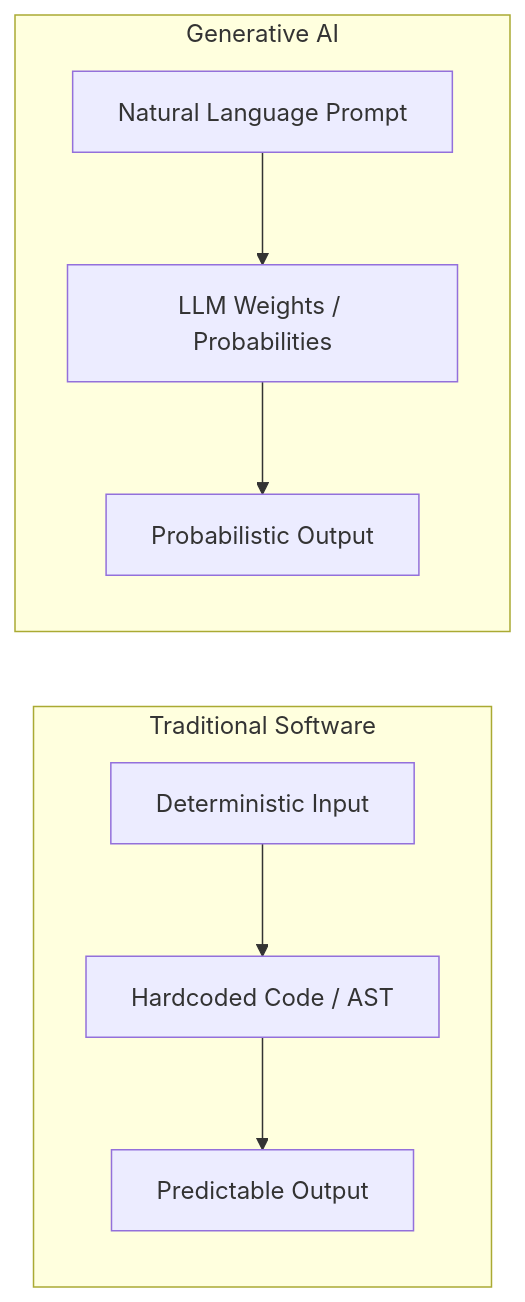
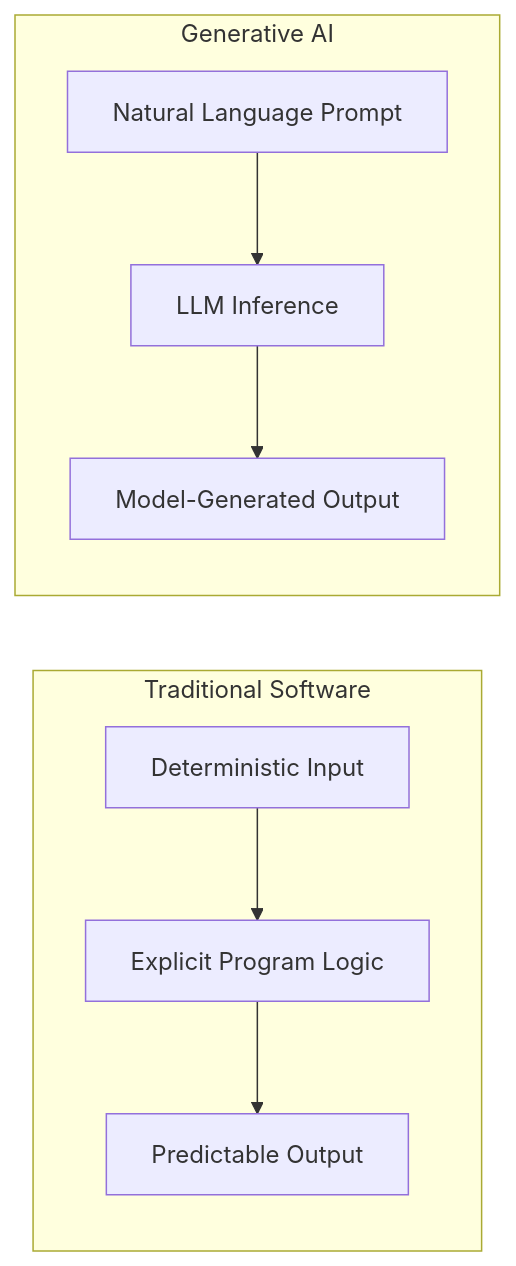
The first of 14 diagrams in module-01-agentic-ai-foundations/content/01-from-generative-ai-to-agentic-control-loops.md (sivaskm/agentic-ai-engineering), drawn with Mermaid before and after one commit. The commit also changed other lines of this file and 8 other files, not shown here.

````diff
--- a/module-01-agentic-ai-foundations/content/01-from-generative-ai-to-agentic-control-loops.md
+++ b/module-01-agentic-ai-foundations/content/01-from-generative-ai-to-agentic-control-loops.md
@@ -24,12 +25,12 @@
 ```mermaid
 flowchart LR
     subgraph Traditional [Traditional Software]
-        In1[Deterministic Input] --> Logic[Hardcoded Code / AST]
+        In1[Deterministic Input] --> Logic[Explicit Program Logic]
         Logic --> Out1[Predictable Output]
     end
 
     subgraph GenAI [Generative AI]
-        In2[Natural Language Prompt] --> Model[LLM Weights / Probabilities]
-        Model --> Out2[Probabilistic Output]
+        In2[Natural Language Prompt] --> Model[LLM Inference]
+        Model --> Out2[Model-Generated Output]
     end
 ```
````
